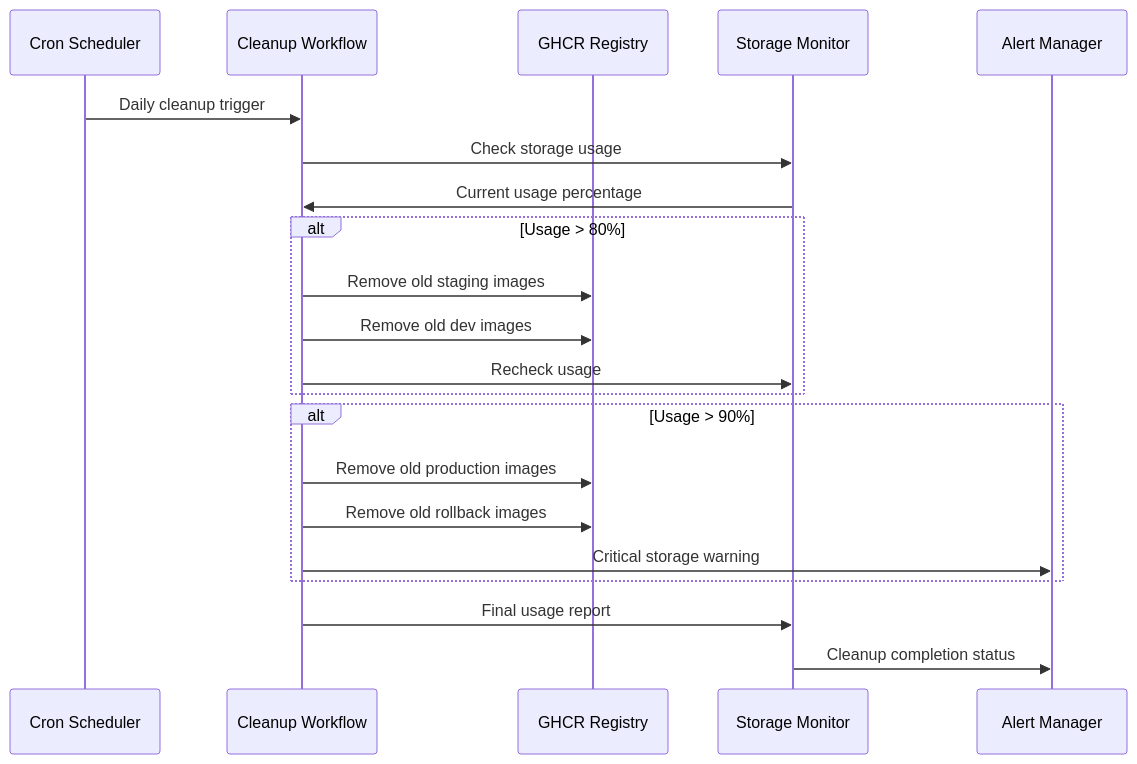
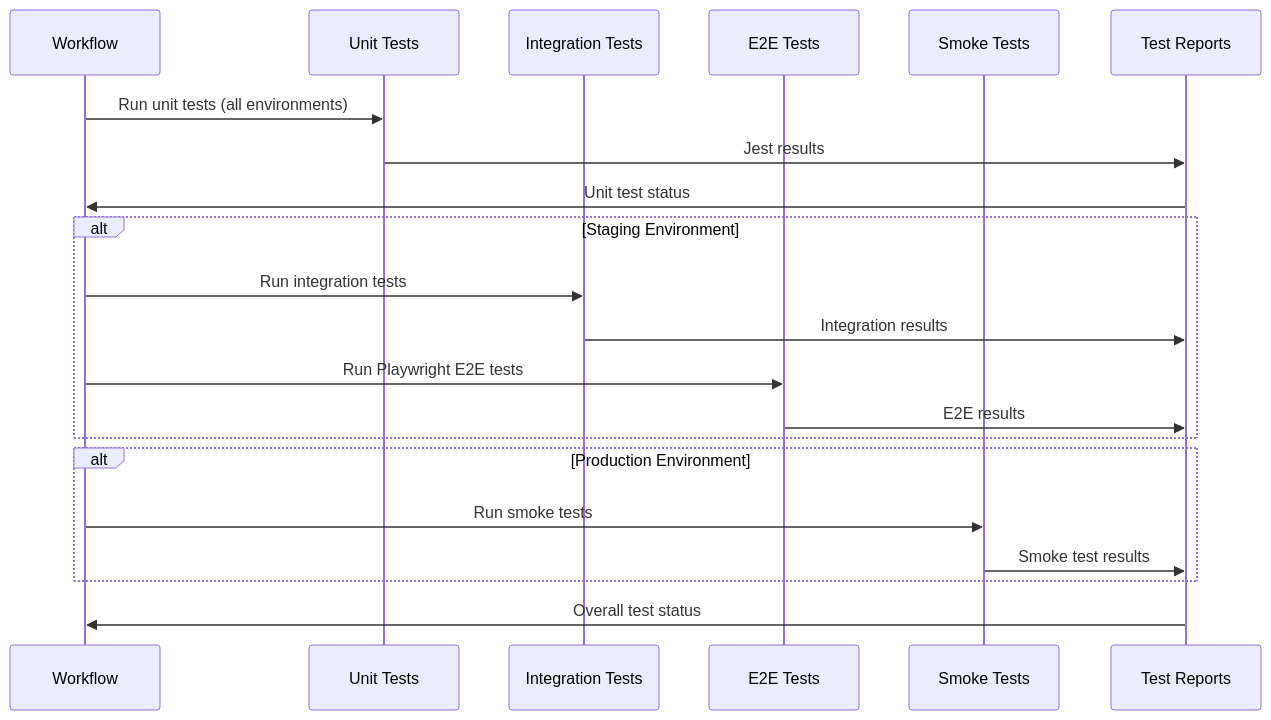
Before and after one commit to bxmty/dotca: the sixth of 11 diagrams in docs/component-interaction-diagram.md, drawn with Mermaid. The commit also changed other lines of this file and 7 other files, not shown here.

````diff
--- a/docs/component-interaction-diagram.md
+++ b/docs/component-interaction-diagram.md
@@ -152,27 +211,27 @@
 ```mermaid
 sequenceDiagram
-    participant Scheduler as Cron Scheduler
-    participant Cleanup as Cleanup Workflow
-    participant GHCR as GHCR Registry
-    participant Storage as Storage Monitor
-    participant Alert as Alert Manager
+    participant WF as Workflow
+    participant Unit as Unit Tests
+    participant Integration as Integration Tests
+    participant E2E as E2E Tests
+    participant Smoke as Smoke Tests
+    participant Report as Test Reports
 
-    Scheduler->>Cleanup: Daily cleanup trigger
-    Cleanup->>Storage: Check storage usage
-    Storage->>Cleanup: Current usage percentage
+    WF->>Unit: Run unit tests (all environments)
+    Unit->>Report: Jest results
+    Report->>WF: Unit test status
 
-    alt Usage > 80%
-        Cleanup->>GHCR: Remove old staging images
-        Cleanup->>GHCR: Remove old dev images
-        Cleanup->>Storage: Recheck usage
+    alt Staging Environment
+        WF->>Integration: Run integration tests
+        Integration->>Report: Integration results
+        WF->>E2E: Run Playwright E2E tests
+        E2E->>Report: E2E results
     end
 
-    alt Usage > 90%
-        Cleanup->>GHCR: Remove old production images
-        Cleanup->>GHCR: Remove old rollback images
-        Cleanup->>Alert: Critical storage warning
+    alt Production Environment
+        WF->>Smoke: Run smoke tests
+        Smoke->>Report: Smoke test results
     end
 
-    Cleanup->>Storage: Final usage report
-    Storage->>Alert: Cleanup completion status
+    Report->>WF: Overall test status
 ```
````
